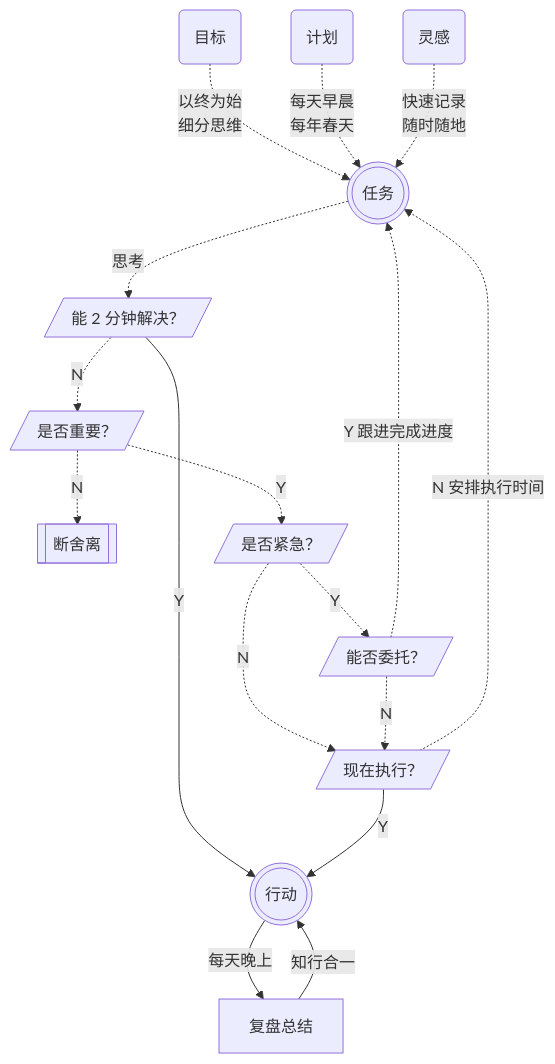
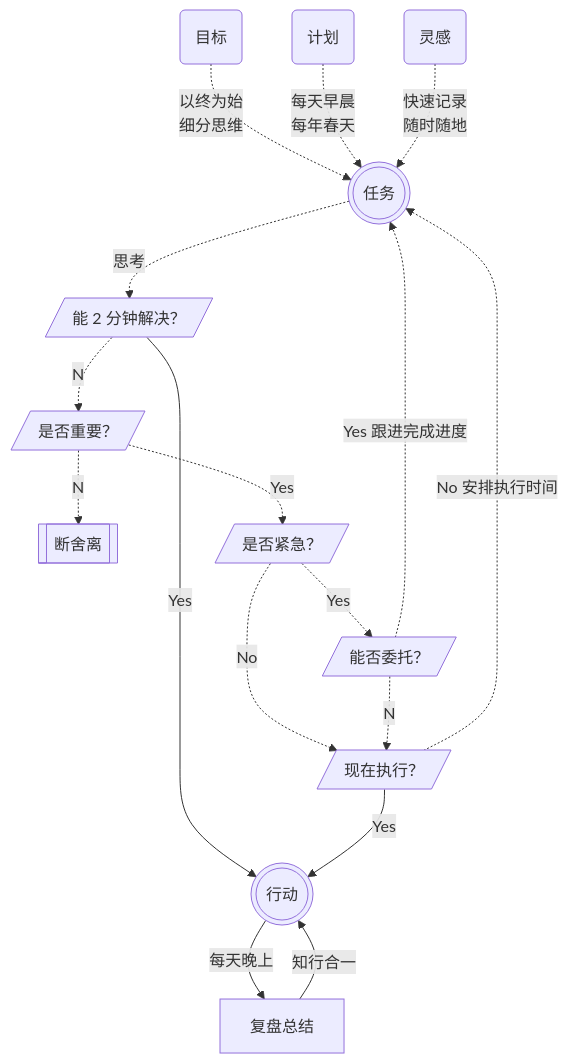
Before and after one commit to sjhfx/linji: the diagram in tech/time.md, drawn with Mermaid. The commit also changed 1 other file, not shown here.

Commit message:
U 系统：增加图表和闭环。

````diff
--- a/tech/time.md
+++ b/tech/time.md
@@ -356,19 +356,19 @@
 ```mermaid
 flowchart TD
     N(目标) -.以终为始\n细分思维.-> T
     L(计划) -.每天早晨\n每年春天.-> T
     A(灵感)-.快速记录\n随时随地.-> T(((任务)))
     T-.思考.-> C[/能 2 分钟解决？/]
-    C --Y--> D(((行动)))
-    C -.N.-> E[/是否重要？/]
-    E -.N.-> G[[断舍离]]
-    E -.Y.-> F[/是否紧急？/]
-    F -.N .-> J
-    F -.Y.-> H[/能否委托？/]
-    H -.Y 跟进完成进度.-> T
-    H -.N.-> J[/现在执行？/]
-    J --Y--> D
-    J -.N 安排执行时间.-> T
+    C --Yes--> D(((行动)))
+    C -.No.-> E[/是否重要？/]
+    E -.No.-> G[[断舍离]]
+    E -.Yes.-> F[/是否紧急？/]
+    F -.No .-> J
+    F -.Yes.-> H[/能否委托？/]
+    H -.Yes 跟进完成进度.-> T
+    H -.No.-> J[/现在执行？/]
+    J --Yes--> D
+    J -.No 安排执行时间.-> T
     D --每天晚上--> K[复盘总结]
     K --知行合一--> D
 ```
````
